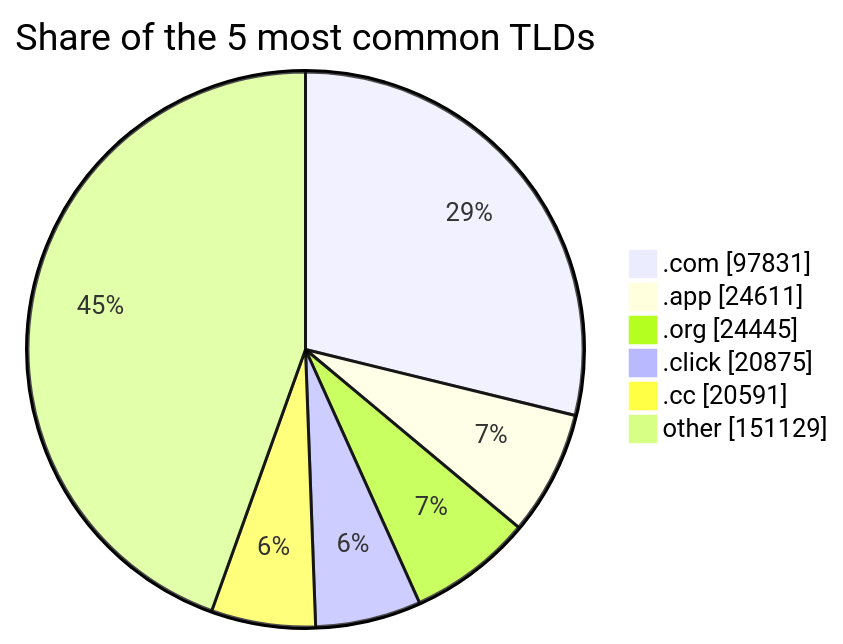
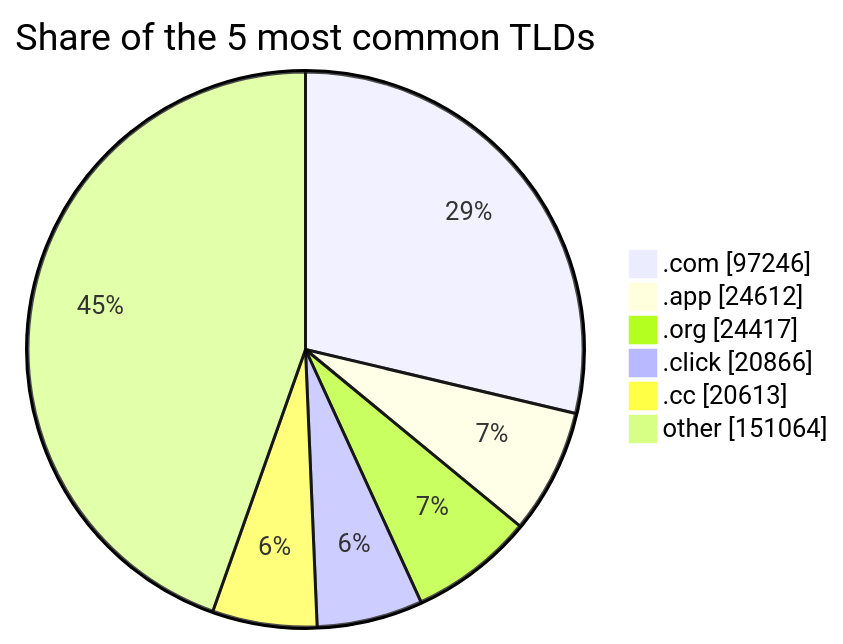
Before and after one commit to DNSBunker/CTI: the third of 3 diagrams in README.md, drawn with Mermaid. The commit also changed other lines of this file and 4 other files, not shown here.

````diff
--- a/README.md
+++ b/README.md
@@ -81,9 +81,9 @@
 ```mermaid
 pie showData title Share of the 5 most common TLDs
-    ".com" : 97831
-    ".app" : 24611
-    ".org" : 24445
-    ".click" : 20875
-    ".cc" : 20591
-    "other" : 151129
+    ".com" : 97246
+    ".app" : 24612
+    ".org" : 24417
+    ".click" : 20866
+    ".cc" : 20613
+    "other" : 151064
 ```
````
